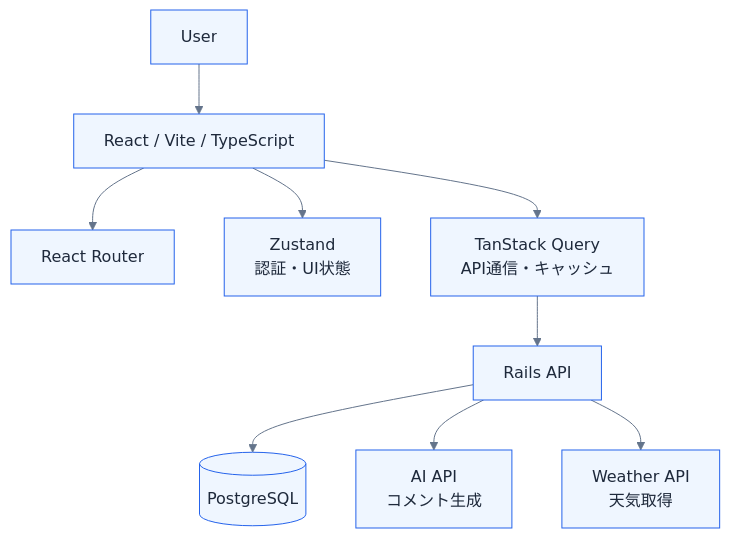
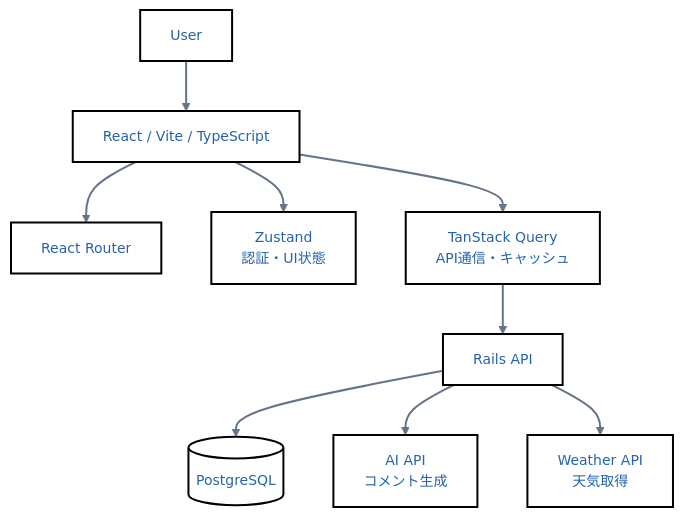
The first of 2 diagrams in README.md (yuji-2293/ColorMirror_Re), drawn with Mermaid before and after one commit. The commit also changed other lines of this file, not shown here.

````diff
--- a/README.md
+++ b/README.md
@@ -5,39 +5,33 @@
 ```mermaid
 ---
 config:
 
-  theme: base
+  theme: neo
 
   look: classic
 
-  layout: dagre
+  layout: fixed
 
   themeVariables:
 
-    fontFamily: "Inter, sans-serif"
+    primaryColor: "#2563eb"
 
-    primaryColor: "#eff6ff"
+    primaryTextColor: "#2563ad"
 
-    primaryTextColor: "#1e293b"
-
-    primaryBorderColor: "#2563eb"
+    primaryBorderColor: "#1d4ed8"
 
     lineColor: "#64748b"
 
     secondaryColor: "#f8fafc"
 
-    tertiaryColor: "#e0f2fe"
+    tertiaryColor: "#e2e8f0"
 
-    edgeLabelBackground: "#ffffff"
-
-    clusterBkg: "#f8fafc"
-
-    clusterBorder: "#cbd5e1"
+    fontFamily: "Inter"   
 ---
 flowchart TB
     User["User"] --> React["React / Vite / TypeScript"]
     React --> Router["React Router"] & Zustand["Zustand<br>認証・UI状態"] & Query["TanStack Query<br>API通信・キャッシュ"]
     Query --> Rails["Rails API"]
     Rails --> DB[("PostgreSQL")] & AI["AI API<br>コメント生成"] & Weather["Weather API<br>天気取得"]
     
 ```
````
